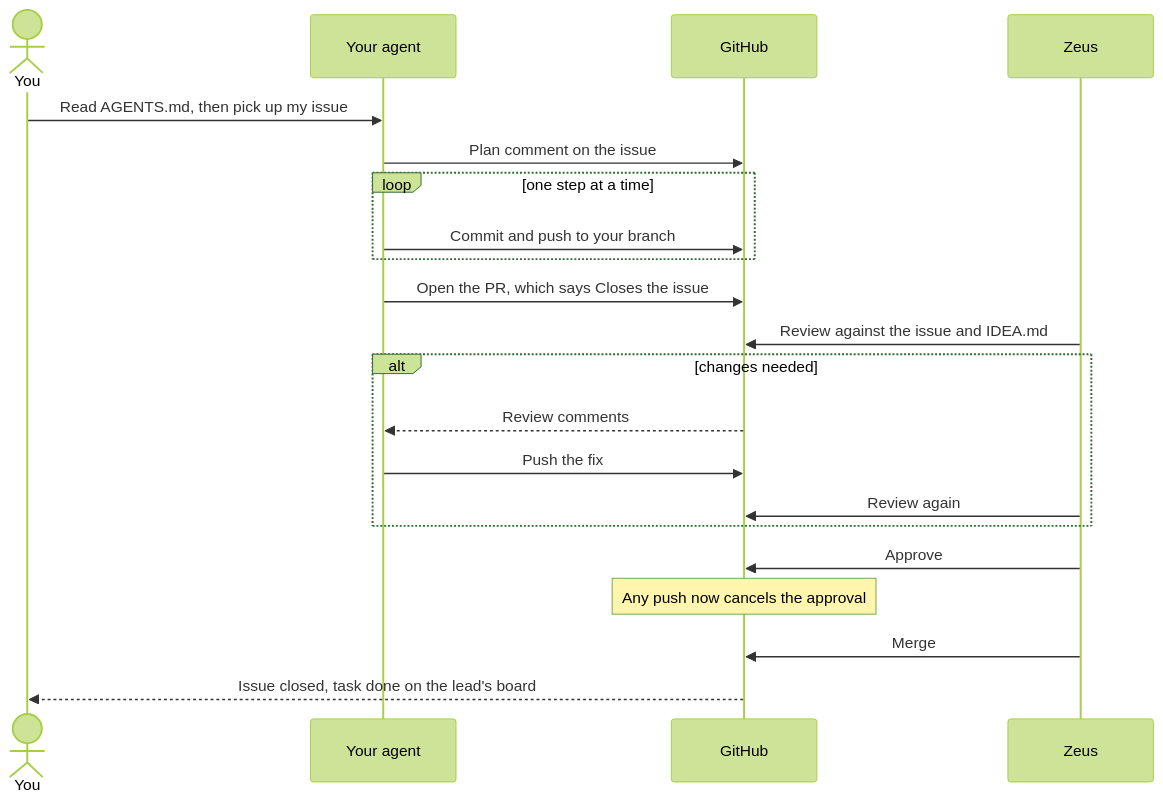
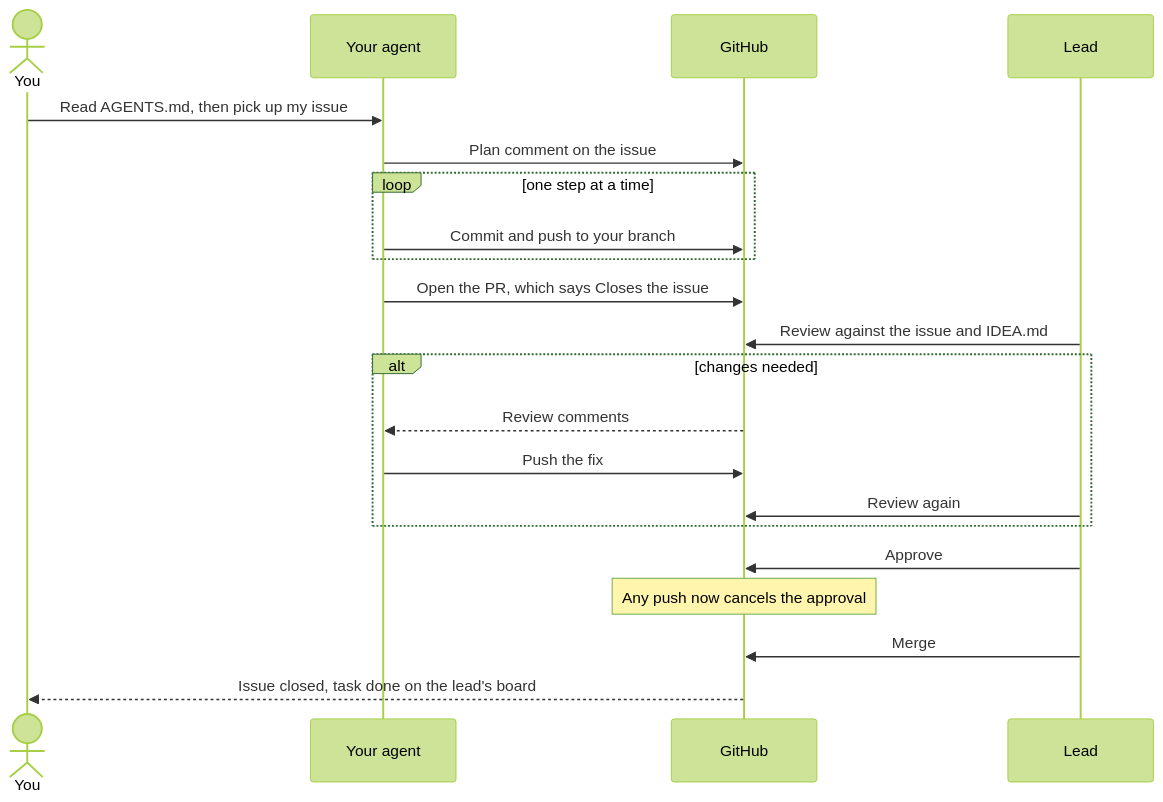
One commit to atiladeokegab/hackathon_teamwork changed the fifth of 5 diagrams in README.md. Above: the diagram before and after it, drawn with Mermaid (forest theme). The commit also changed other lines of this file and 3 other files, not shown here.

````diff
--- a/README.md
+++ b/README.md
@@ -137,23 +133,23 @@
 ```mermaid
 sequenceDiagram
     actor You
     participant Agent as Your agent
     participant GH as GitHub
-    participant Zeus
+    participant Lead
     You->>Agent: Read AGENTS.md, then pick up my issue
     Agent->>GH: Plan comment on the issue
     loop one step at a time
         Agent->>GH: Commit and push to your branch
     end
     Agent->>GH: Open the PR, which says Closes the issue
-    Zeus->>GH: Review against the issue and IDEA.md
+    Lead->>GH: Review against the issue and IDEA.md
     alt changes needed
         GH-->>Agent: Review comments
         Agent->>GH: Push the fix
-        Zeus->>GH: Review again
+        Lead->>GH: Review again
     end
-    Zeus->>GH: Approve
+    Lead->>GH: Approve
     Note over GH: Any push now cancels the approval
-    Zeus->>GH: Merge
+    Lead->>GH: Merge
     GH-->>You: Issue closed, task done on the lead's board
 ```
````
